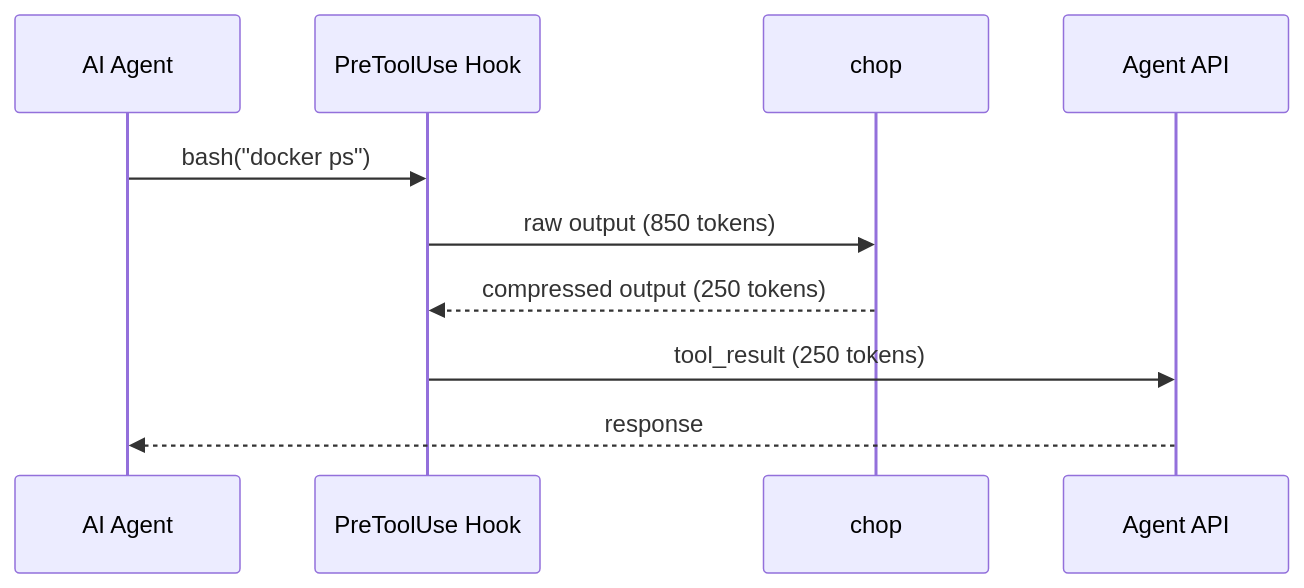
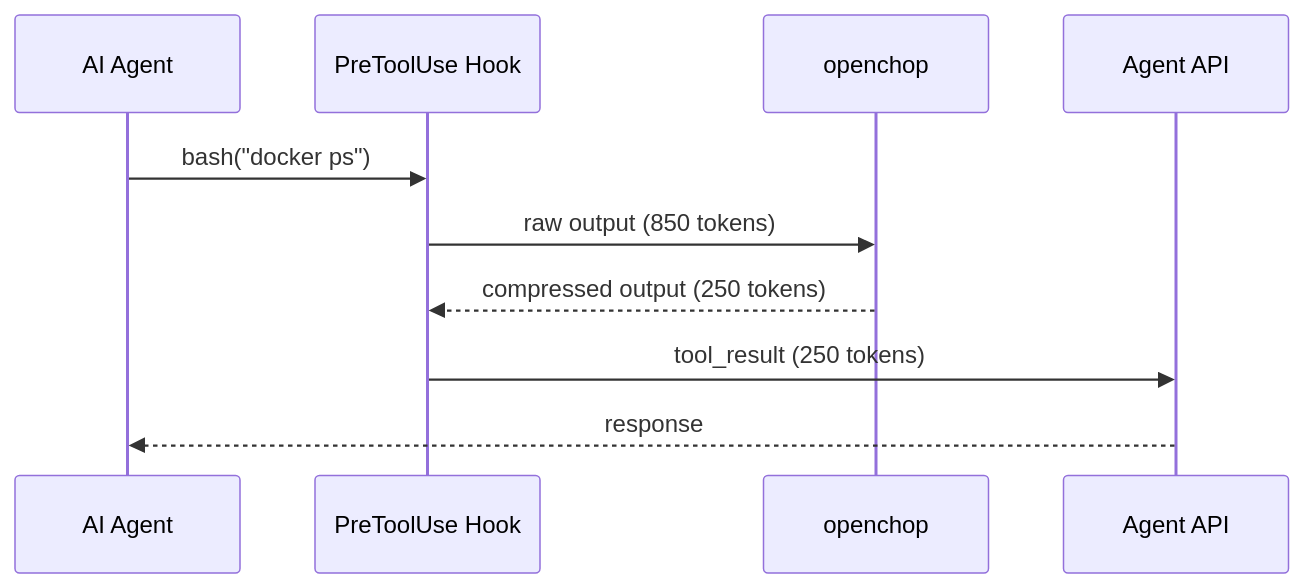
The first of 3 diagrams in README.md (giankpetrov/chop), drawn with Mermaid before and after one commit. The commit also changed other lines of this file and 41 other files, not shown here.

````diff
--- a/README.md
+++ b/README.md
@@ -24,13 +24,13 @@
 ```mermaid
 sequenceDiagram
     participant CC as AI Agent
     participant H as PreToolUse Hook
-    participant CH as chop
+    participant CH as openchop
     participant API as Agent API
 
     CC->>H: bash("docker ps")
     H->>CH: raw output (850 tokens)
     CH-->>H: compressed output (250 tokens)
     H->>API: tool_result (250 tokens)
     API-->>CC: response
 ```
````
